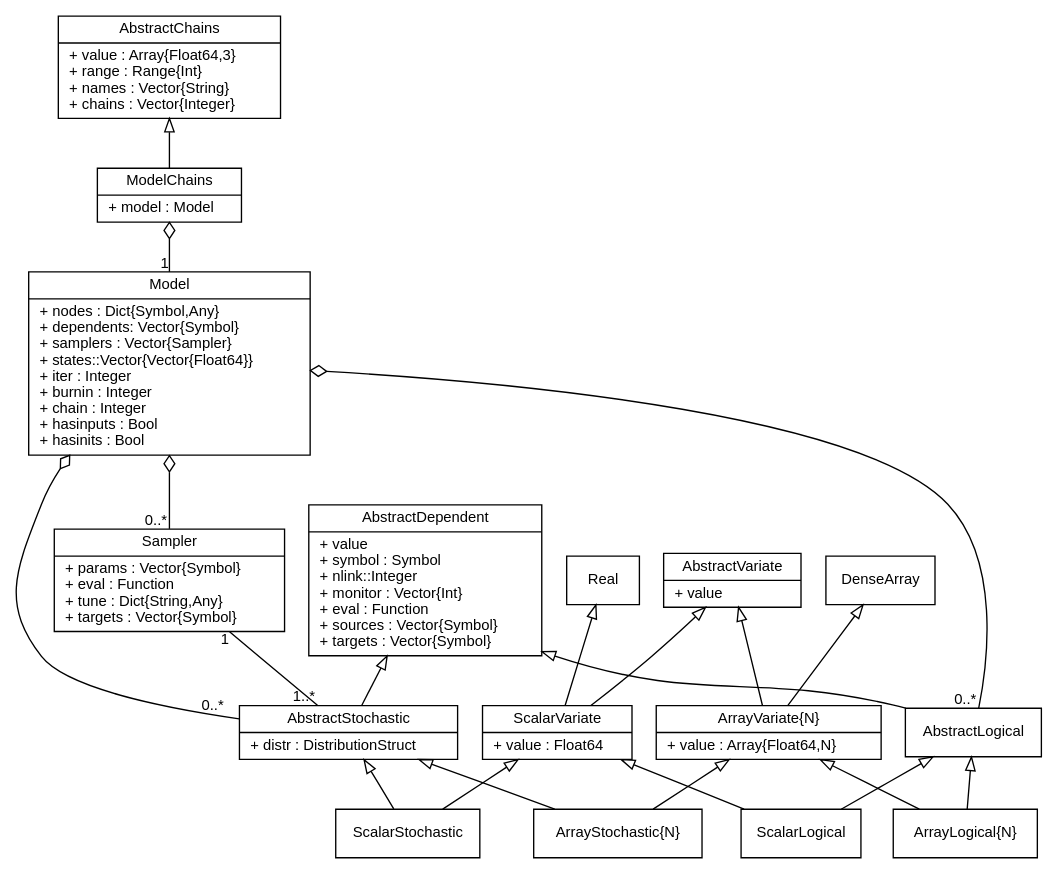
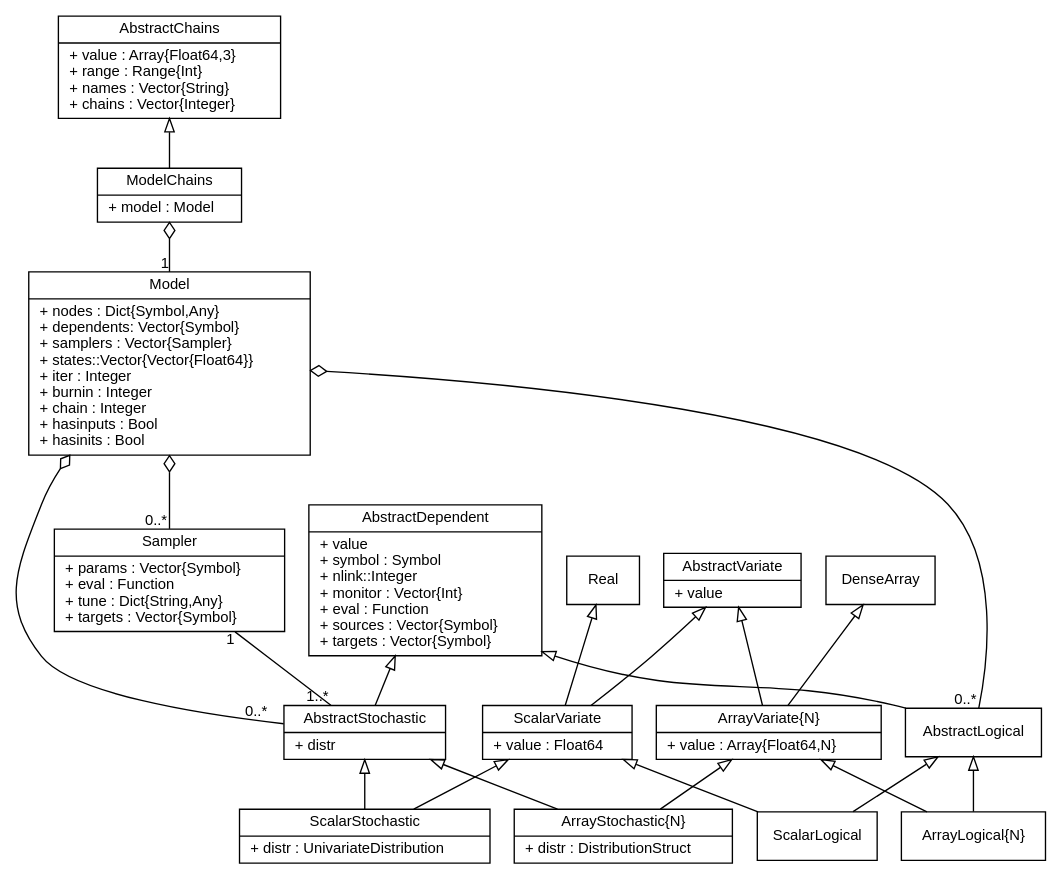
The diagram in doc/images/mcmcUML.dot (brian-j-smith/Mamba.jl), drawn with Graphviz before and after one commit. The commit also changed 25 other files, not shown here.

Commit message:
Redefine the distribution types for Stochastic nodes.

```diff
--- a/doc/images/mcmcUML.dot
+++ b/doc/images/mcmcUML.dot
@@ -1,66 +1,66 @@
 graph MCMC {
     fontname = "Helvetica"
     fontsize = 11
     splines = true
     overlap = false
 
     node [fontname = "Helvetica", fontsize = 11, shape = record]
 
     edge [fontname = "Helvetica", fontsize = 11, dir = both, arrowtail = none, arrowhead = none]
 
-    Real [label = "{Real}", pos="310,610"]
+    Real [label = "{Real}", pos="315,610"]
 
-    DenseArray [label = "{DenseArray}", pos="310,570"]
+    DenseArray [label = "{DenseArray}", pos="324,570"]
 
     AbstractDependent [label = "{AbstractDependent|+ value\l+ symbol : Symbol\l+ nlink::Integer\l+ monitor : Vector\{Int\}\l+ eval : Function\l+ sources : Vector\{Symbol\}\l+ targets : Vector\{Symbol\}\l}", pos="275,425"]
 
     AbstractLogical [label = "{AbstractLogical}", pos="75,425"]
 
-    AbstractStochastic [label = "{AbstractStochastic|+ distr : DistributionStruct\l}", pos="475,425"]
+    AbstractStochastic [label = "{AbstractStochastic|+ distr\l}", pos="495,425"]
 
-    AbstractVariate [label = "{AbstractVariate|+ value\l}", pos="225,590"]
+    AbstractVariate [label = "{AbstractVariate|+ value\l}", pos="230,590"]
 
     ArrayLogical [label = "{ArrayLogical\{N\}}", pos="125,515"]
 
-    ArrayStochastic [label = "{ArrayStochastic\{N\}}", pos="425,515"]
+    ArrayStochastic [label = "{ArrayStochastic\{N\}|+ distr : DistributionStruct\l}", pos="425,515"]
 
     ArrayVariate [label = "{ArrayVariate\{N\}|+ value : Array\{Float64,N\}\l}", pos="275,515"]
 
     ScalarLogical [label = "{ScalarLogical}", pos="25,515"]
 
-    ScalarStochastic [label = "{ScalarStochastic}", pos="525,515"]
+    ScalarStochastic [label = "{ScalarStochastic|+ distr : UnivariateDistribution\l}", pos="575,515"]
 
     ScalarVariate [label = "{ScalarVariate|+ value : Float64\l}", pos="275,665"]
 
     Model [label = "{Model|+ nodes : Dict\{Symbol,Any\}\l+ dependents: Vector\{Symbol\}\l+ samplers : Vector\{Sampler\}\l+ states::Vector\{Vector\{Float64\}\}\l+ iter : Integer\l+ burnin : Integer\l+ chain : Integer\l+ hasinputs : Bool\l+ hasinits : Bool\l}", pos="275,290"]
 
-    Sampler [label = "{Sampler|+ params : Vector\{Symbol\}\l+ eval : Function\l+ tune : Dict\{String,Any\}\l+ targets : Vector\{Symbol\}\l}", pos="475,290"]
+    Sampler [label = "{Sampler|+ params : Vector\{Symbol\}\l+ eval : Function\l+ tune : Dict\{String,Any\}\l+ targets : Vector\{Symbol\}\l}", pos="495,290"]
 
     AbstractChains  [label = "{AbstractChains|+ value : Array\{Float64,3\}\l+ range : Range\{Int\}\l+ names : Vector\{String\}\l+ chains : Vector\{Integer\}\l}", pos="75,330"]
 
     ModelChains [label = "{ModelChains|+ model : Model\l}", pos="75,250"]
 
     Real -- ScalarVariate [arrowtail = empty]
     DenseArray -- ArrayVariate [arrowtail = empty]
 
     AbstractChains -- ModelChains [arrowtail = empty]
     AbstractDependent -- AbstractLogical [arrowtail = empty]
     AbstractDependent -- AbstractStochastic [arrowtail = empty]
     AbstractLogical -- ArrayLogical [arrowtail = empty]
     AbstractLogical -- ScalarLogical [arrowtail = empty]
     AbstractStochastic -- ArrayStochastic [arrowtail = empty]
     AbstractStochastic -- ScalarStochastic [arrowtail = empty]
     AbstractVariate -- ArrayVariate [arrowtail = empty]
     AbstractVariate -- ScalarVariate [arrowtail = empty]
     ArrayVariate -- ArrayLogical [arrowtail = empty]
     ArrayVariate -- ArrayStochastic [arrowtail = empty]
     ScalarVariate -- ScalarLogical [arrowtail = empty]
     ScalarVariate -- ScalarStochastic [arrowtail = empty]
 
     Sampler -- AbstractStochastic [taillabel = "1", headlabel = "1..*"]
     Model -- Sampler [arrowtail = odiamond, headlabel = "0..*"]
     Model -- AbstractLogical [arrowtail = odiamond, headlabel = "0..*"]
-    Model -- AbstractStochastic [arrowtail = odiamond, headlabel = "0..*", labeldistance = 2.2, labelangle = -17]
+    Model -- AbstractStochastic [arrowtail = odiamond, headlabel = "0..*", labeldistance = 2.2, labelangle = -15]
     ModelChains -- Model [arrowtail = odiamond, headlabel = "1"]
 
 }
```
